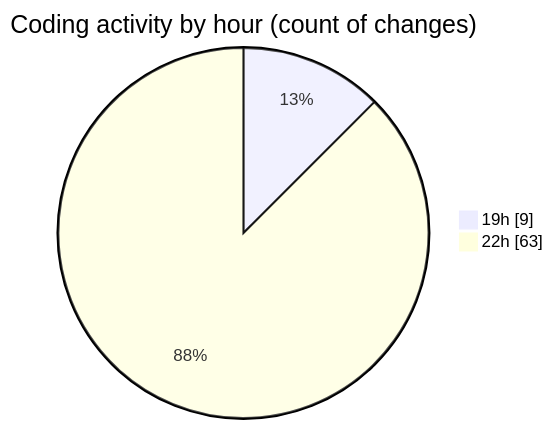
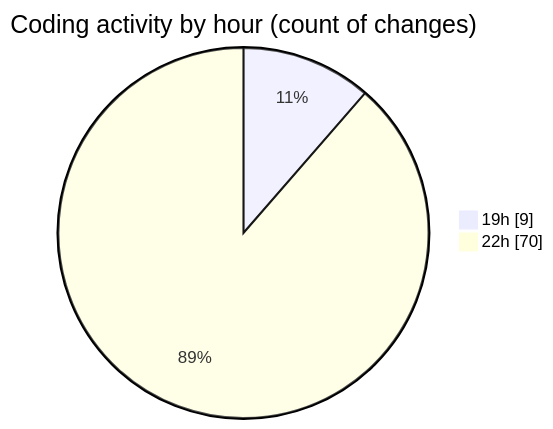
Before and after one commit to MatusMokan/code-tracking: the second of 2 diagrams in 2025-10-07/untitled__workspace_/README.md, drawn with Mermaid. The commit also changed other lines of this file and 1 other file, not shown here.

````diff
--- a/2025-10-07/untitled__workspace_/README.md
+++ b/2025-10-07/untitled__workspace_/README.md
@@ -31,6 +31,6 @@
 ```mermaid
 pie showData
 title Coding activity by hour (count of changes)
 "19h" : 9
-"22h" : 63
+"22h" : 70
 ```
````
